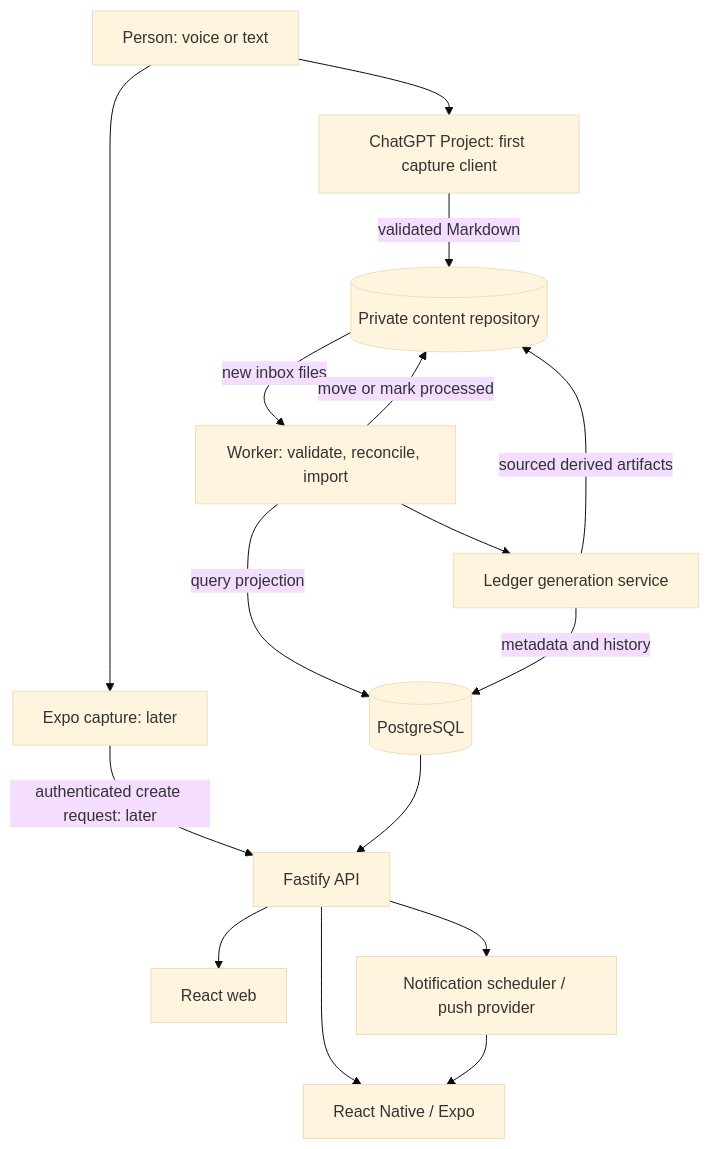
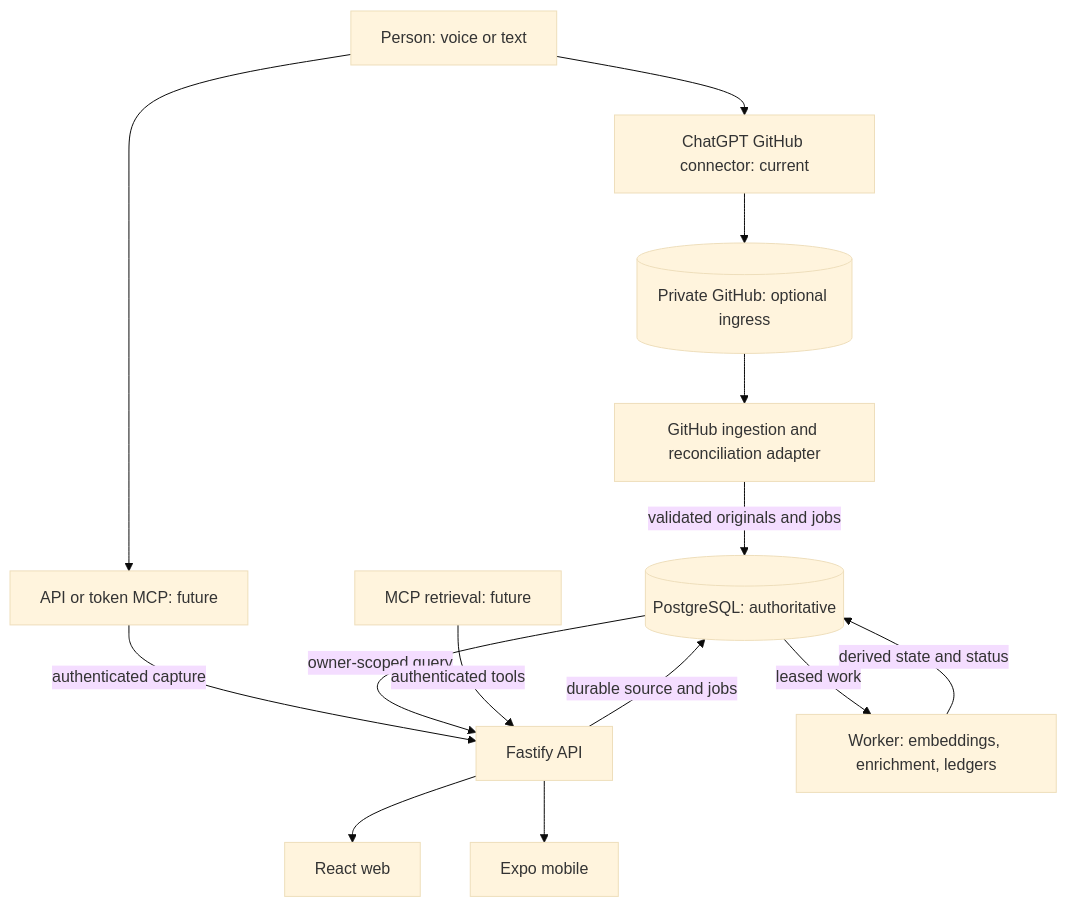
Before and after one commit to vokerg/personal_context_engine: the diagram in docs/02-architecture.md, drawn with Mermaid (base theme). The commit also changed other lines of this file and 12 other files, not shown here.

First line of the commit message:
docs(architecture): make PostgreSQL authoritative with optional GitHub ingress (#62)

````diff
--- a/docs/02-architecture.md
+++ b/docs/02-architecture.md
@@ -7,18 +7,16 @@
 ```mermaid
 flowchart TD
-  U[Person: voice or text] --> CP[ChatGPT Project: first capture client]
-  U --> MC[Expo capture: later]
-  CP -->|validated Markdown| CR[(Private content repository)]
-  MC -->|authenticated create request: later| API
-  CR -->|new inbox files| W[Worker: validate, reconcile, import]
-  W -->|query projection| DB[(PostgreSQL)]
-  W -->|move or mark processed| CR
-  DB --> API[Fastify API]
+  U[Person: voice or text] --> G[ChatGPT GitHub connector: current]
+  U --> M[API or token MCP: future]
+  G --> C[(Private GitHub: optional ingress)]
+  C --> I[GitHub ingestion and reconciliation adapter]
+  I -->|validated originals and jobs| DB[(PostgreSQL: authoritative)]
+  M -->|authenticated capture| API[Fastify API]
+  API -->|durable source and jobs| DB
+  DB -->|leased work| W[Worker: embeddings, enrichment, ledgers]
+  W -->|derived state and status| DB
+  DB -->|owner-scoped query| API
   API --> WEB[React web]
-  API --> MOB[React Native / Expo]
-  W --> LED[Ledger generation service]
-  LED -->|sourced derived artifacts| CR
-  LED -->|metadata and history| DB
-  API --> NOTIF[Notification scheduler / push provider]
-  NOTIF --> MOB
+  API --> MOB[Expo mobile]
+  MCP[MCP retrieval: future] -->|authenticated tools| API
 ```
````
